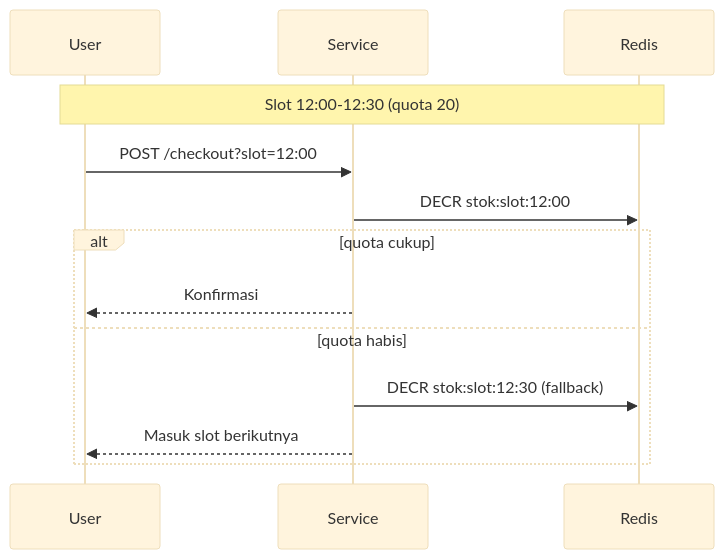
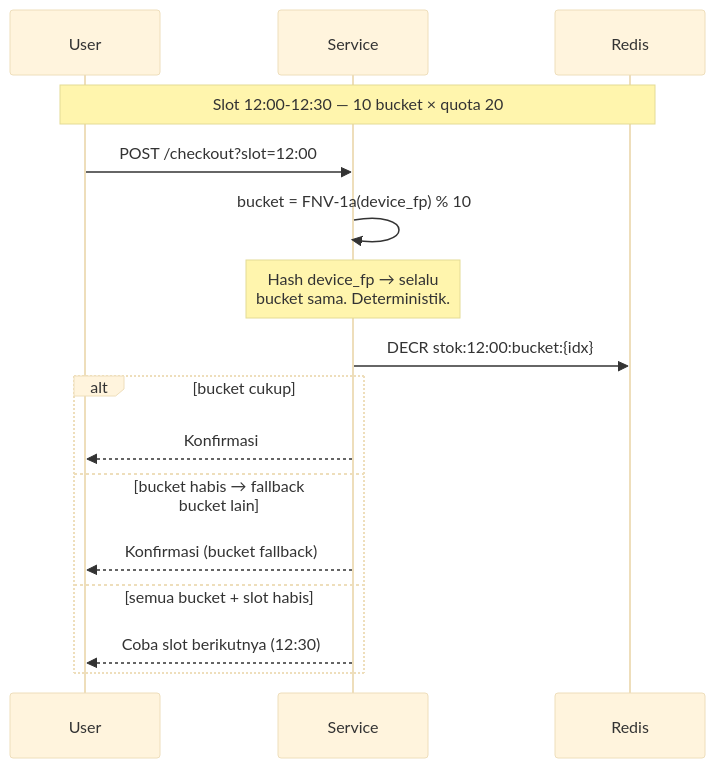
One commit to faisalaffan/faisalaffan-design-system changed diagram 11 of 14 in book/id/08-qcommerce/flash-sale.md. Above: the diagram before and after it, drawn with Mermaid. The commit also changed other lines of this file, not shown here.

Commit message:
fix(docs): clarify Time-slotted dual-shard + FNV-1a bucket hashing
Fix hotspot misconception: Time-slotted without bucket sharding
still has 1-key-per-slot hotspot. Add 2D shard (time × bucket).
Explain buckets don't sync — independent atomic DECR per shard.
Add inline note explaining FNV-1a deterministic hashing.

````diff
--- a/book/id/08-qcommerce/flash-sale.md
+++ b/book/id/08-qcommerce/flash-sale.md
@@ -256,17 +256,20 @@
 ```mermaid
 %%{init: {"theme": "base", "themeVariables": {"background": "#ffffff"}}}%%
 sequenceDiagram
     participant U as User
     participant FS as Service
     participant R as Redis
 
-    Note over U,R: Slot 12:00-12:30 (quota 20)
+    Note over U,R: Slot 12:00-12:30 — 10 bucket × quota 20
     U->>FS: POST /checkout?slot=12:00
-    FS->>R: DECR stok:slot:12:00
-    alt quota cukup
+    FS->>FS: bucket = FNV-1a(device_fp) % 10
+    Note over FS: Hash device_fp → selalu<br/>bucket sama. Deterministik.
+    FS->>R: DECR stok:12:00:bucket:{idx}
+    alt bucket cukup
         FS-->>U: Konfirmasi
-    else quota habis
-        FS->>R: DECR stok:slot:12:30 (fallback)
-        FS-->>U: Masuk slot berikutnya
+    else bucket habis → fallback bucket lain
+        FS-->>U: Konfirmasi (bucket fallback)
+    else semua bucket + slot habis
+        FS-->>U: Coba slot berikutnya (12:30)
     end
 ```
````
